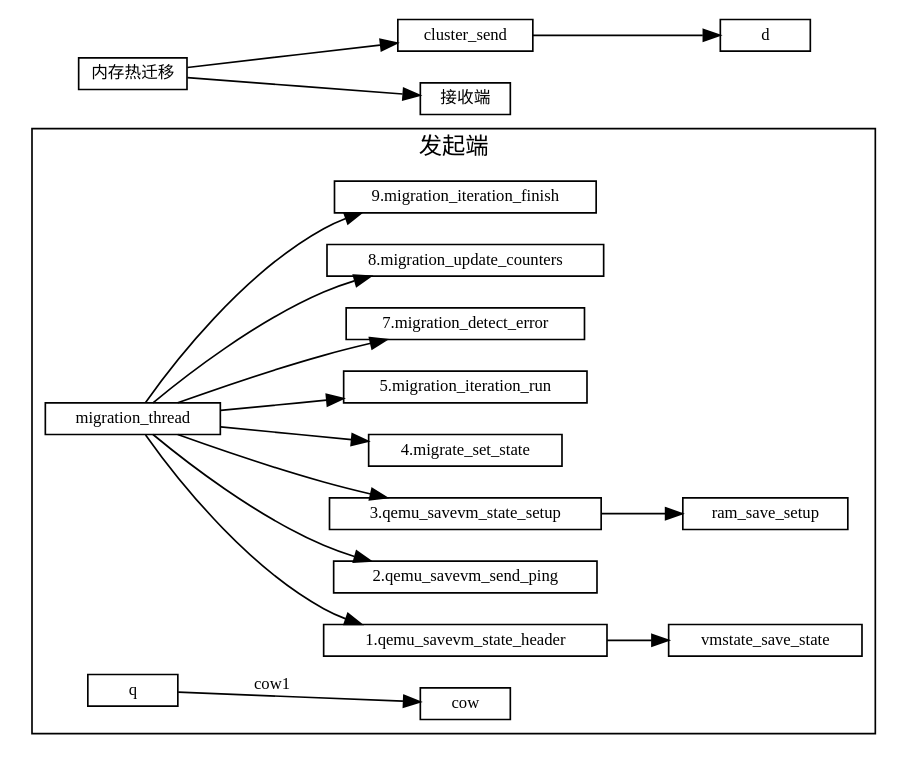
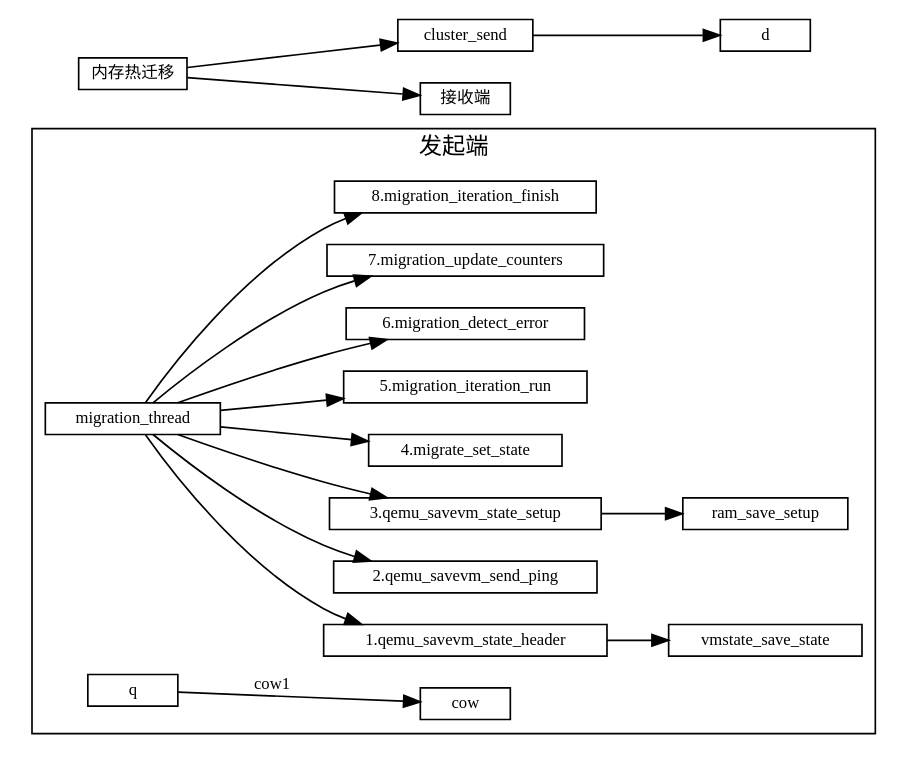
Before and after one commit to sisyphus1212/note: the diagram in 虚拟化/热迁移/1-内存热迁移.md, drawn with Graphviz.

Commit message:
auto_update

````diff
--- a/虚拟化/热迁移/1-内存热迁移.md
+++ b/虚拟化/热迁移/1-内存热迁移.md
@@ -11,43 +11,43 @@
 ```graphviz
 digraph {
 fontname="Helvetica,Arial,sans-serif"
 //node [fontname="Helvetica,Arial,sans-serif"]
 //edge [fontname="Helvetica,Arial,sans-serif"]
 rankdir="LR"
 node [fontsize=10, shape=record, height=0.25]
 edge [fontsize=10]
   subgraph send {
     cluster=true;
     label="发起端";
     qemu_savevm_state_header[label="1.qemu_savevm_state_header"];
     qemu_savevm_send_ping[label="2.qemu_savevm_send_ping"];
     qemu_savevm_state_setup[label="3.qemu_savevm_state_setup"];
     migrate_set_state[label="4.migrate_set_state"];
     migration_iteration_run[label="5.migration_iteration_run"];
-    migration_detect_error[label="7.migration_detect_error"];
-    migration_update_counters[label="8.migration_update_counters"];
-    migration_iteration_finish[label="9.migration_iteration_finish"];
+    migration_detect_error[label="6.migration_detect_error"];
+    migration_update_counters[label="7.migration_update_counters"];
+    migration_iteration_finish[label="8.migration_iteration_finish"];
 
     migration_thread -> qemu_savevm_state_header
                      -> vmstate_save_state;
     migration_thread -> qemu_savevm_send_ping;
     migration_thread -> qemu_savevm_state_setup
                      -> ram_save_setup;
     migration_thread -> migrate_set_state;
     migration_thread -> migration_iteration_run;
     migration_thread -> migration_detect_error
     migration_thread -> migration_update_counters
     migration_thread -> migration_iteration_finish
 
 
 
     q -> cow[label="cow1"];
   }
 
 内存热迁移 [label="内存热迁移"]
 内存热迁移 -> cluster_send
            -> d
 
 内存热迁移 -> 接收端
 }
 ```
````
